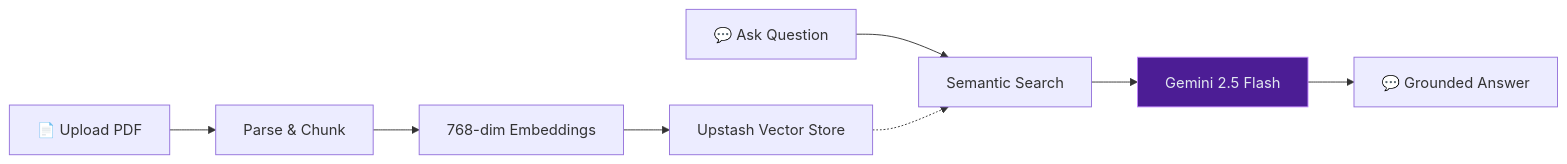
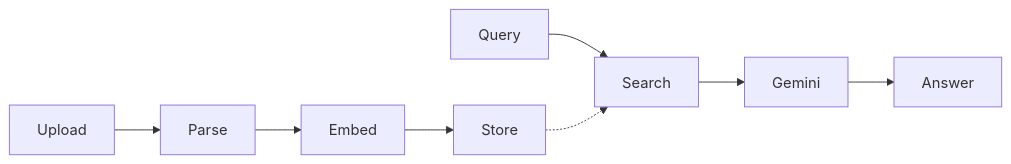
Before and after one commit to Luff-Org/Luff-Boilerplate: the diagram in cli/create-luff-app/README.md, drawn with Mermaid. The commit also changed 4 other files, not shown here.

Commit message:
fix(docs): rewrite all mermaid diagrams with ultra-short labels for GitHub rendering

````diff
--- a/cli/create-luff-app/README.md
+++ b/cli/create-luff-app/README.md
@@ -88,12 +88,10 @@
 ```mermaid
 flowchart LR
-  A["📄 Upload PDF"] --> B["Parse & Chunk"]
-  B --> C["768-dim Embeddings"]
-  C --> D["Upstash Vector Store"]
-  E["💬 Ask Question"] --> F["Semantic Search"]
+  A[Upload] --> B[Parse]
+  B --> C[Embed]
+  C --> D[Store]
+  E[Query] --> F[Search]
   D -.-> F
-  F --> G["Gemini 2.5 Flash"]
-  G --> H["💬 Grounded Answer"]
-
-  style G fill:#4c1d95,stroke:#c084fc,color:#e2e8f0
+  F --> G[Gemini]
+  G --> H[Answer]
 ```
````
